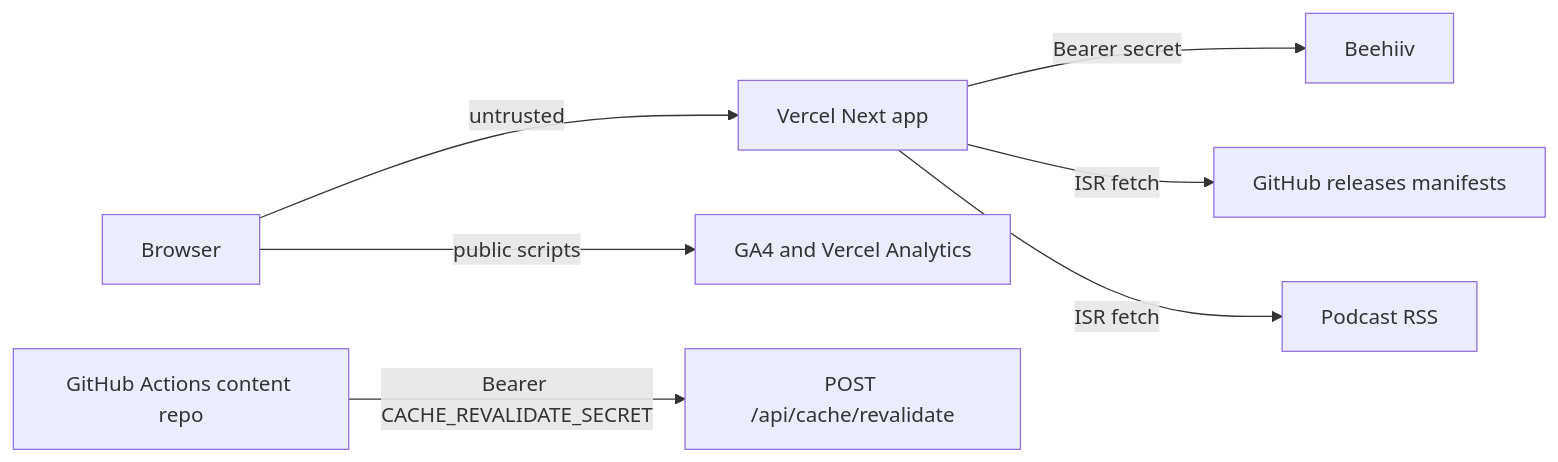
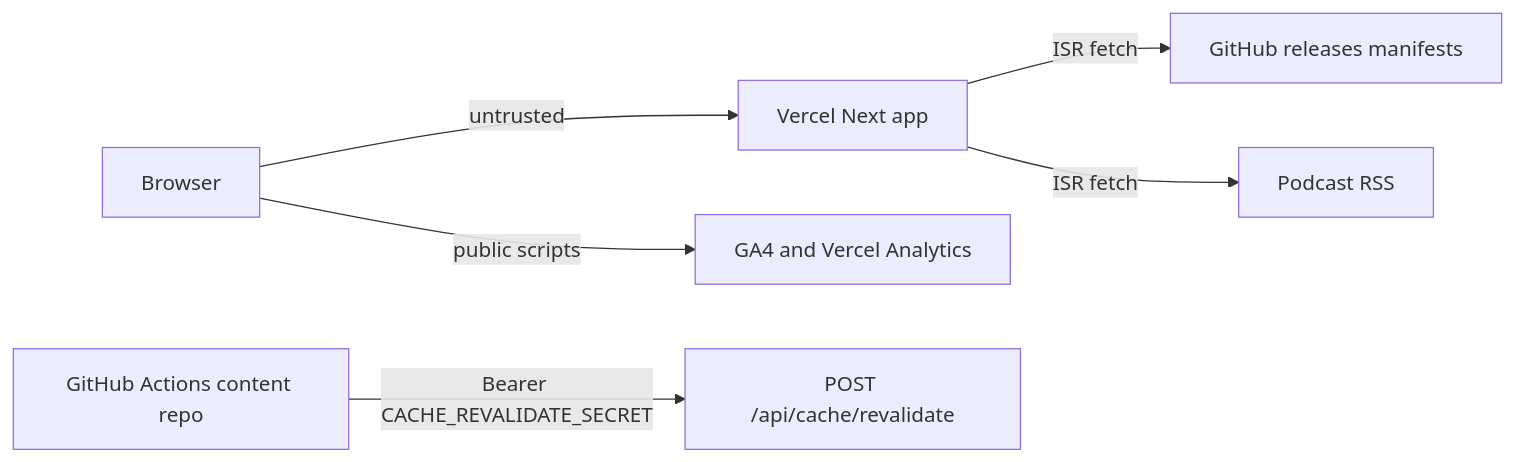
The diagram in docs/security-assessment.md (ksteffe/after-certainty-site), drawn with Mermaid before and after one commit. The commit also changed other lines of this file and 12 other files, not shown here.

````diff
--- a/docs/security-assessment.md
+++ b/docs/security-assessment.md
@@ -14,9 +16,8 @@
 ```mermaid
 flowchart LR
   Browser -->|untrusted| VercelApp[Vercel Next app]
-  VercelApp -->|Bearer secret| Beehiiv
   VercelApp -->|ISR fetch| GitHubReleases[GitHub releases manifests]
   VercelApp -->|ISR fetch| PodcastRSS[Podcast RSS]
   GHActions[GitHub Actions content repo] -->|Bearer CACHE_REVALIDATE_SECRET| Revalidate["POST /api/cache/revalidate"]
   Browser -->|public scripts| GA[GA4 and Vercel Analytics]
 ```
````
